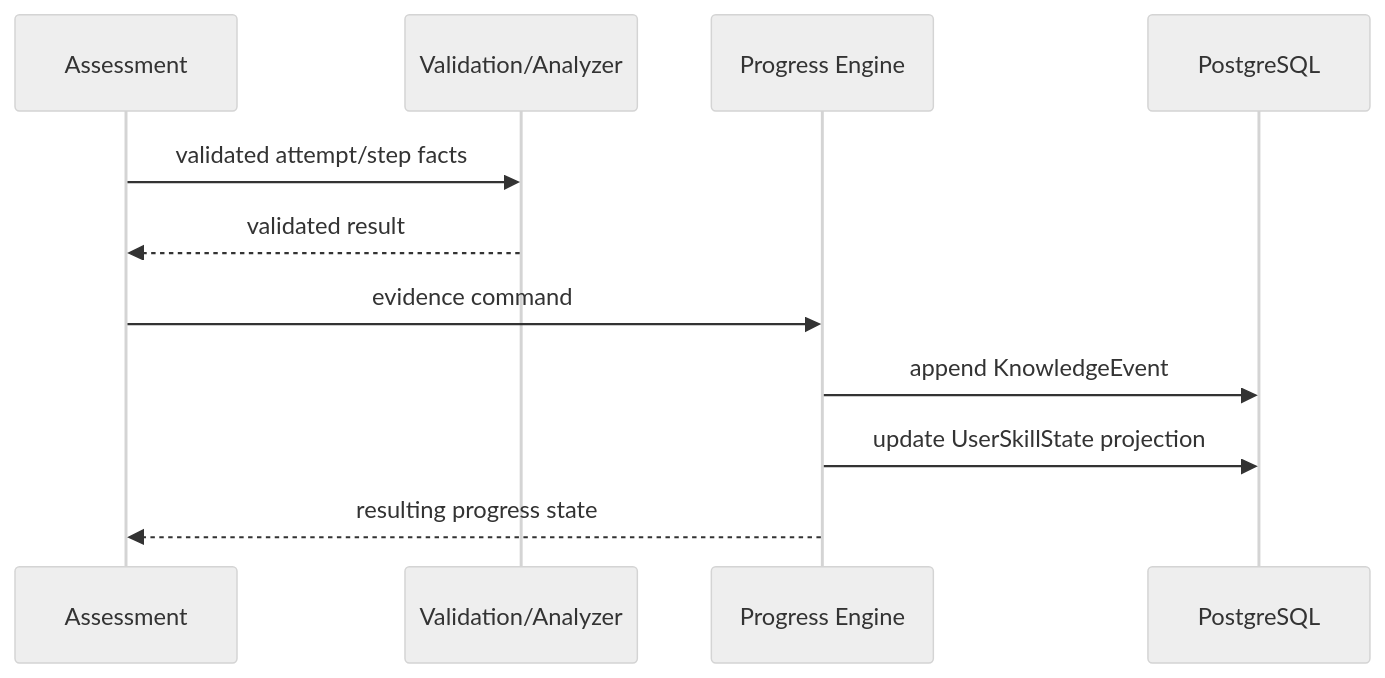
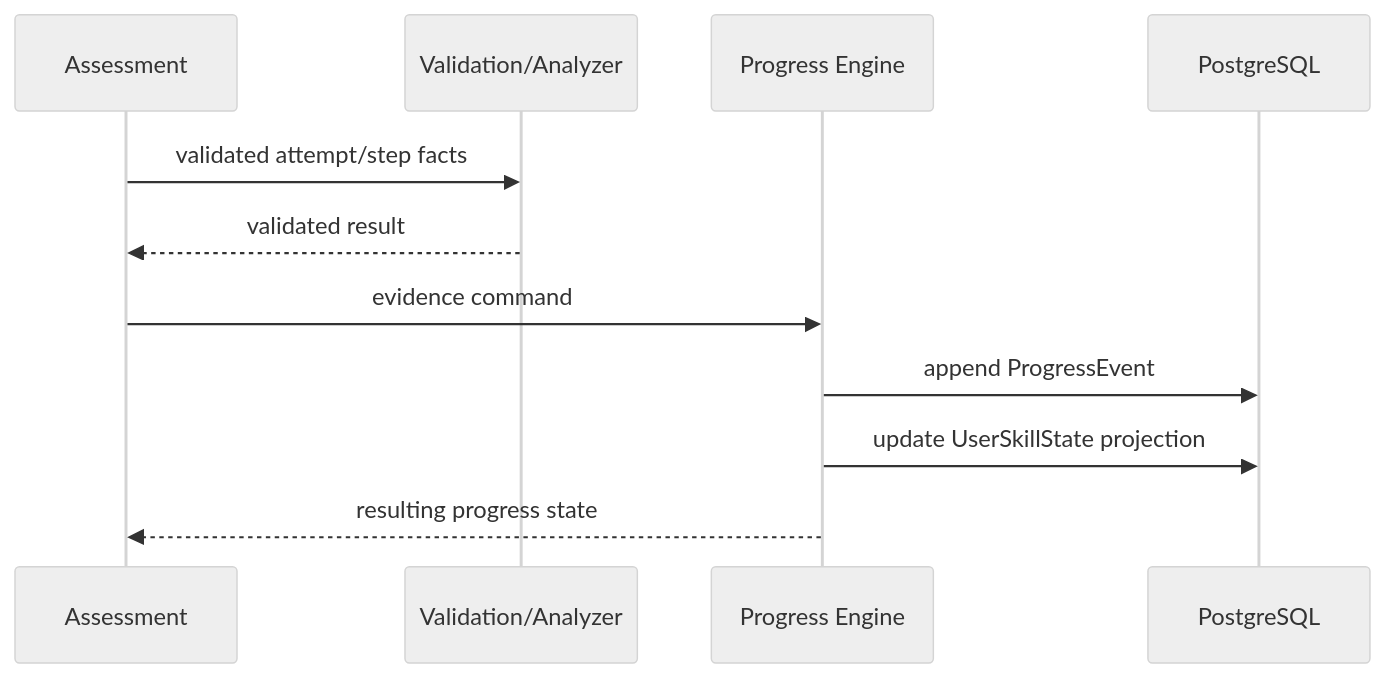
One commit to Tramsey00/MathStart-Python changed the fifth of 7 diagrams in ARCHITECTURE.md. Above: the diagram before and after it, drawn with Mermaid (neutral theme). The commit also changed other lines of this file and 17 other files, not shown here.

Commit message:
feat(r03): add executable knowledge and progress contracts

````diff
--- a/ARCHITECTURE.md
+++ b/ARCHITECTURE.md
@@ -787,14 +787,14 @@
 ```mermaid
 sequenceDiagram
     participant A as Assessment
     participant V as Validation/Analyzer
     participant P as Progress Engine
     participant DB as PostgreSQL
 
     A->>V: validated attempt/step facts
     V-->>A: validated result
     A->>P: evidence command
-    P->>DB: append KnowledgeEvent
+    P->>DB: append ProgressEvent
     P->>DB: update UserSkillState projection
     P-->>A: resulting progress state
 ```
````
